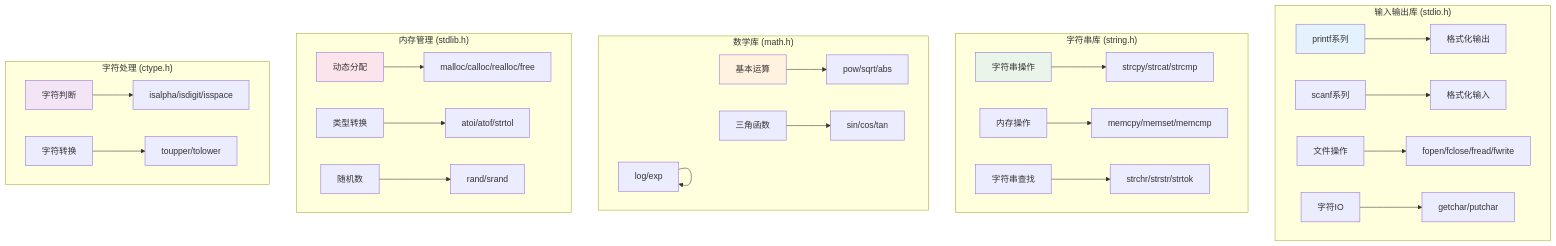
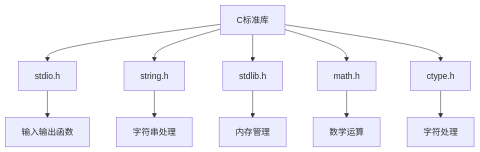
Before and after one commit to hulu798/C-Notes: the tenth of 15 diagrams in README.md, drawn with Mermaid. The commit also changed other lines of this file, not shown here.

````diff
--- a/README.md
+++ b/README.md
@@ -533,38 +377,14 @@
 ```mermaid
 graph TB
-    subgraph "输入输出库 (stdio.h)"
-        A1[printf系列] --> A2[格式化输出]
-        A3[scanf系列] --> A4[格式化输入]
-        A5[文件操作] --> A6[fopen/fclose/fread/fwrite]
-        A7[字符IO] --> A8[getchar/putchar]
-    end
+    A[C标准库] --> B[stdio.h]
+    A --> C[string.h]
+    A --> D[stdlib.h]
+    A --> E[math.h]
+    A --> F[ctype.h]
     
-    subgraph "字符串库 (string.h)"
-        B1[字符串操作] --> B2[strcpy/strcat/strcmp]
-        B3[内存操作] --> B4[memcpy/memset/memcmp]
-        B5[字符串查找] --> B6[strchr/strstr/strtok]
-    end
-    
-    subgraph "数学库 (math.h)"
-        C1[基本运算] --> C2[pow/sqrt/abs]
-        C3[三角函数] --> C4[sin/cos/tan]
-        C5[对数指数] --> C5[log/exp]
-    end
-    
-    subgraph "内存管理 (stdlib.h)"
-        D1[动态分配] --> D2[malloc/calloc/realloc/free]
-        D3[类型转换] --> D4[atoi/atof/strtol]
-        D5[随机数] --> D6[rand/srand]
-    end
-    
-    subgraph "字符处理 (ctype.h)"
-        E1[字符判断] --> E2[isalpha/isdigit/isspace]
-        E3[字符转换] --> E4[toupper/tolower]
-    end
-    
-    style A1 fill:#e3f2fd
-    style B1 fill:#e8f5e8
-    style C1 fill:#fff3e0
-    style D1 fill:#fce4ec
-    style E1 fill:#f3e5f5
+    B --> B1[输入输出函数]
+    C --> C1[字符串处理]
+    D --> D1[内存管理]
+    E --> E1[数学运算]
+    F --> F1[字符处理]
 ```
````
